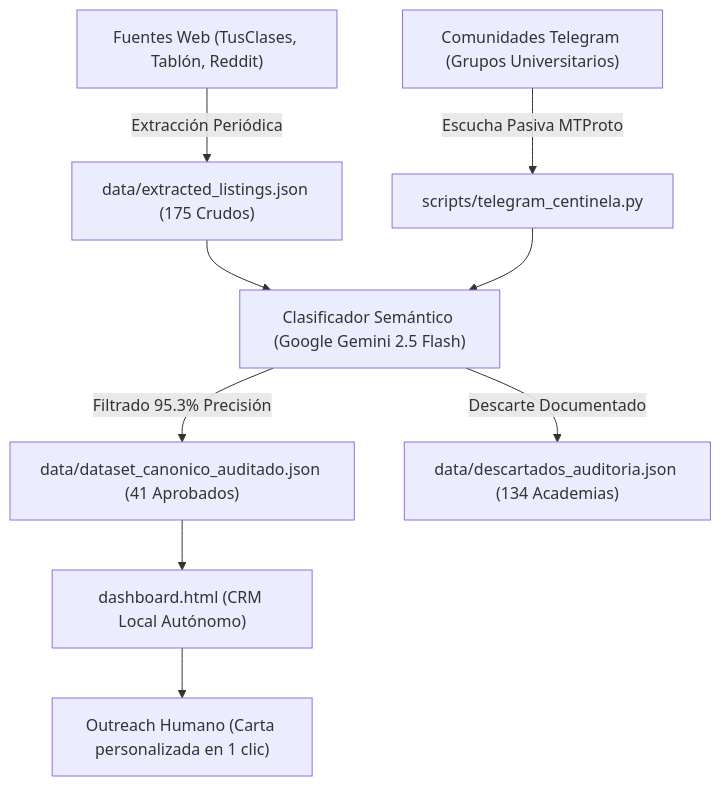
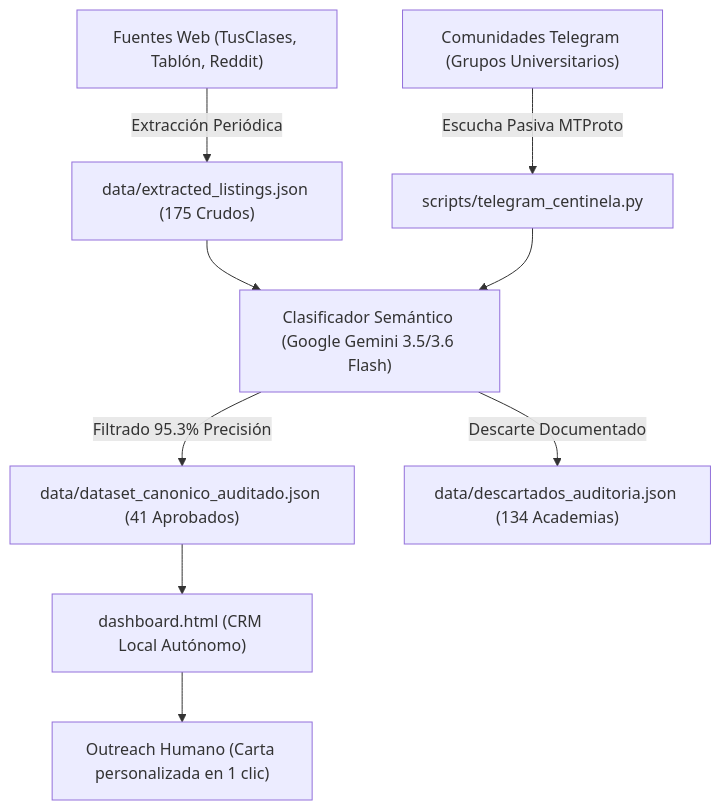
One commit to metecondrie/prospeccion-alumnos-ciencias changed the diagram in README.md. Above: the diagram before and after it, drawn with Mermaid. The commit also changed other lines of this file and 15 other files, not shown here.

First line of the commit message:
fix(models): update Gemini references from 2.5 to 3.5/3.6 Flash across codebase and docs

````diff
--- a/README.md
+++ b/README.md
@@ -39,10 +39,10 @@
 ```mermaid
 flowchart TD
     A["Fuentes Web (TusClases, Tablón, Reddit)"] -->|Extracción Periódica| B["data/extracted_listings.json (175 Crudos)"]
     C["Comunidades Telegram (Grupos Universitarios)"] -->|Escucha Pasiva MTProto| D["scripts/telegram_centinela.py"]
-    B & D --> E["Clasificador Semántico (Google Gemini 2.5 Flash)"]
+    B & D --> E["Clasificador Semántico (Google Gemini 3.5/3.6 Flash)"]
     E -->|Filtrado 95.3% Precisión| F["data/dataset_canonico_auditado.json (41 Aprobados)"]
     E -->|Descarte Documentado| G["data/descartados_auditoria.json (134 Academias)"]
     F --> H["dashboard.html (CRM Local Autónomo)"]
     H --> I["Outreach Humano (Carta personalizada en 1 clic)"]
 ```
````
